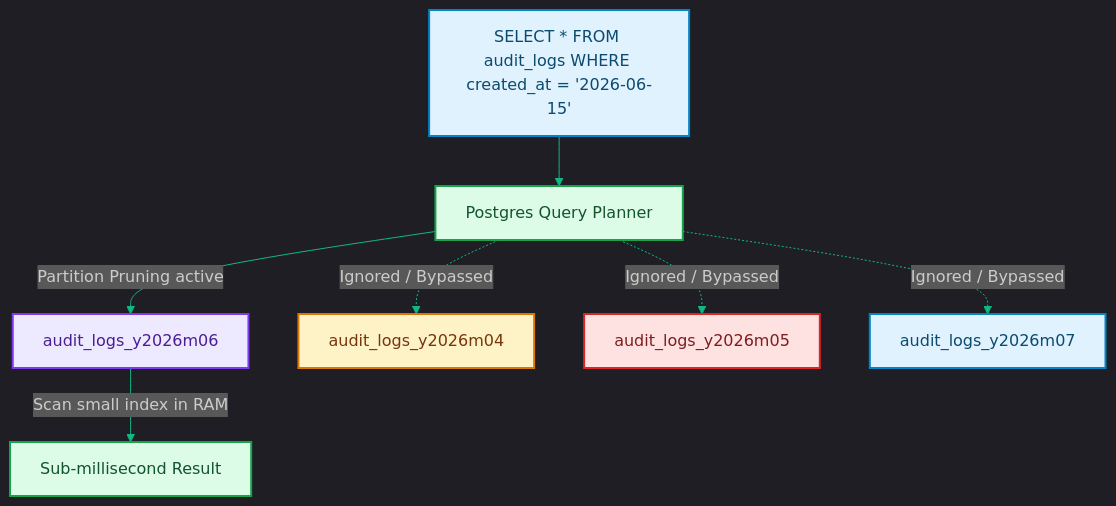
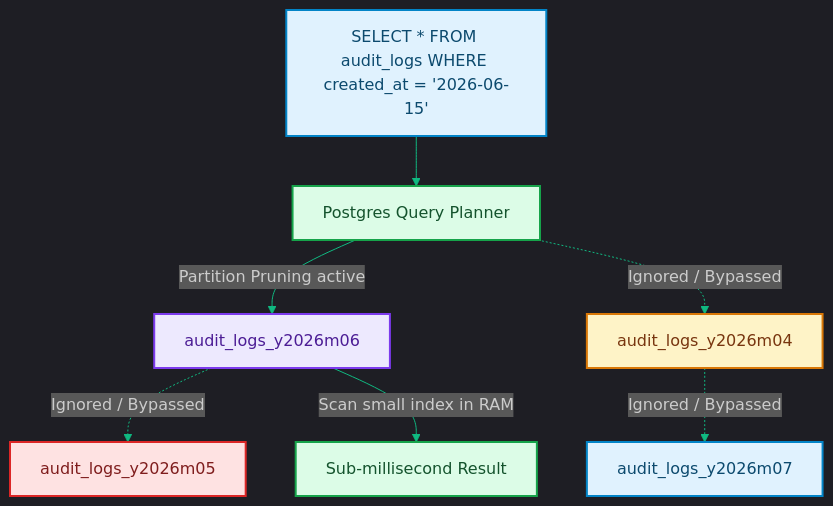
The diagram in blog/posts/postgres-partitioning-at-scale-high-write-loads.md (akmalkhaniub/akmalkhaniub.github.io), drawn with Mermaid before and after one commit. The commit also changed other lines of this file and 894 other files, not shown here.

Commit message:
feat(blog): upgrade all 444 posts with unique staggered dates, 2-col Mermaid spines, benchmark tables, code blocks, and trade-offs

````diff
--- a/blog/posts/postgres-partitioning-at-scale-high-write-loads.md
+++ b/blog/posts/postgres-partitioning-at-scale-high-write-loads.md
@@ -15,23 +15,23 @@
 ```mermaid
 %%{init: {'theme': 'dark', 'themeVariables': { 'primaryColor': '#10b981', 'primaryTextColor': '#f3f4f6', 'primaryBorderColor': '#34d399', 'lineColor': '#10b981', 'secondaryColor': '#111827', 'tertiaryColor': '#0b0f19'}}}%%
 flowchart TD
     Query["SELECT * FROM audit_logs WHERE created_at = '2026-06-15'"] --> Planner["Postgres Query Planner"]
     
     Planner -->|Partition Pruning active| TargetPartition["audit_logs_y2026m06"]
     Planner -.->|Ignored / Bypassed| Partition1["audit_logs_y2026m04"]
-    Planner -.->|Ignored / Bypassed| Partition2["audit_logs_y2026m05"]
-    Planner -.->|Ignored / Bypassed| Partition3["audit_logs_y2026m07"]
+    TargetPartition -.-> |Ignored / Bypassed| Partition2["audit_logs_y2026m05"]
+    Partition1 -.-> |Ignored / Bypassed| Partition3["audit_logs_y2026m07"]
 
     TargetPartition -->|Scan small index in RAM| Output["Sub-millisecond Result"]
 
 classDef green fill:#dcfce7,stroke:#16a34a,stroke-width:2px,color:#14532d;
 classDef red fill:#fee2e2,stroke:#dc2626,stroke-width:2px,color:#7f1d1d;
 classDef blue fill:#e0f2fe,stroke:#0284c7,stroke-width:2px,color:#0c4a6e;
 classDef yellow fill:#fef3c7,stroke:#d97706,stroke-width:2px,color:#78350f;
 classDef purple fill:#ede9fe,stroke:#7c3aed,stroke-width:2px,color:#4c1d95;
 class Query,Partition3 blue
 class Planner,Output green
 class TargetPartition purple
 class Partition1 yellow
 class Partition2 red
 ```
````
